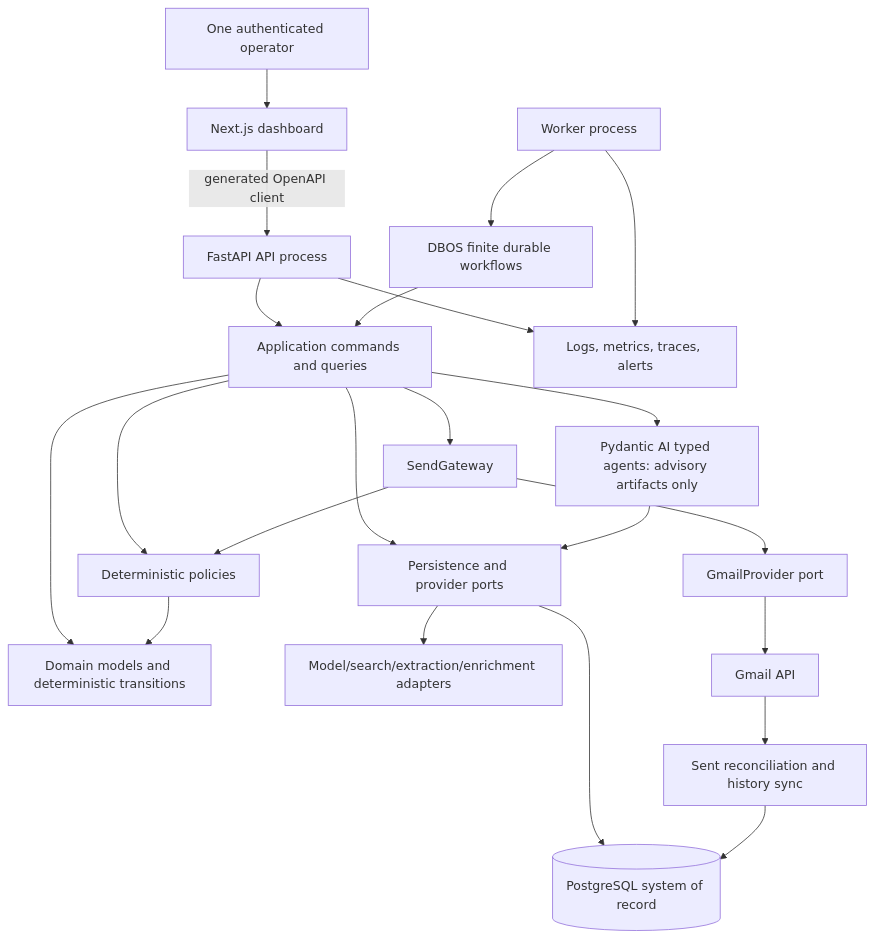
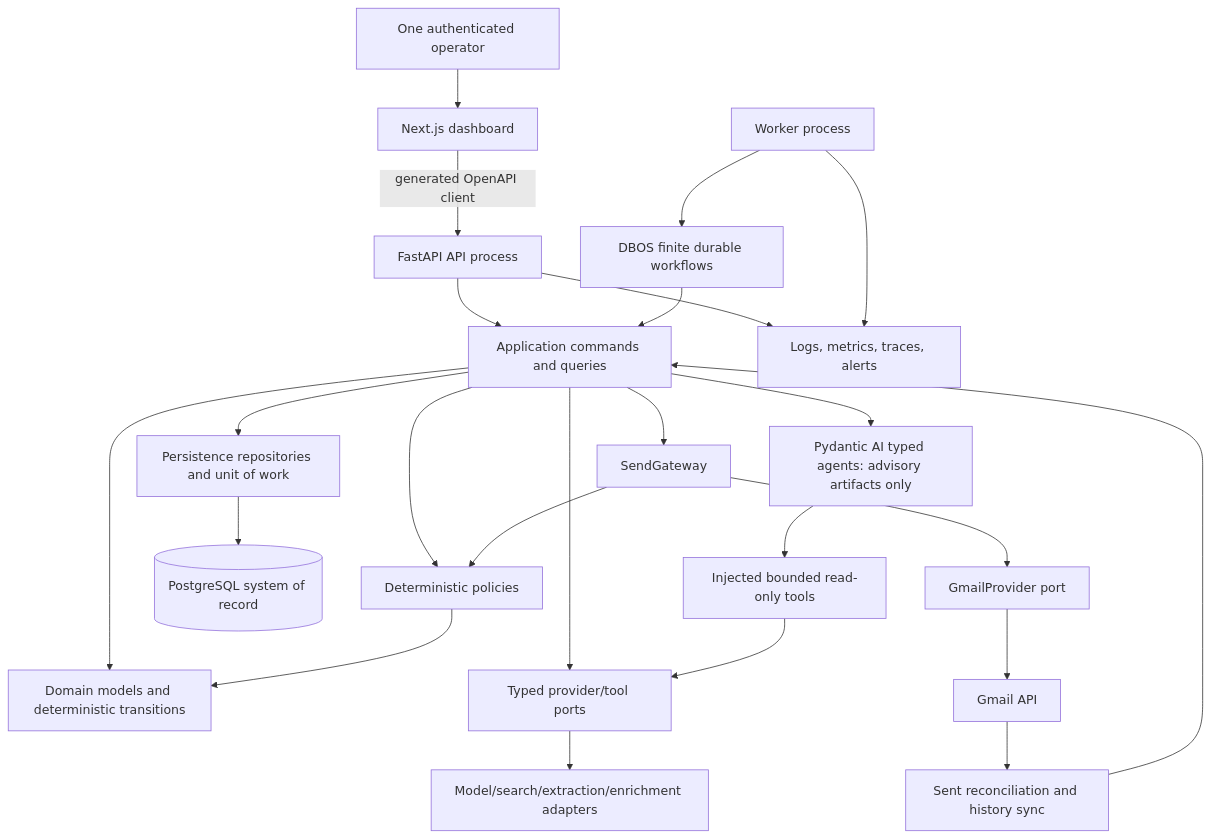
One commit to alonbenpro/alon-ai changed the diagram in docs/development-roadmap/01-architecture/01-target-system-architecture.md. Above: the diagram before and after it, drawn with Mermaid. The commit also changed other lines of this file and 52 other files, not shown here.

Commit message:
docs: close final roadmap review gaps

````diff
--- a/docs/development-roadmap/01-architecture/01-target-system-architecture.md
+++ b/docs/development-roadmap/01-architecture/01-target-system-architecture.md
@@ -27,24 +27,26 @@
 ```mermaid
 flowchart TB
     Operator["One authenticated operator"] --> UI["Next.js dashboard"]
     UI -->|"generated OpenAPI client"| API["FastAPI API process"]
     API --> APP["Application commands and queries"]
     WORKER["Worker process"] --> WF["DBOS finite durable workflows"]
     WF --> APP
     APP --> DOMAIN["Domain models and deterministic transitions"]
     APP --> POLICY["Deterministic policies"]
-    APP --> PORTS["Persistence and provider ports"]
+    APP --> PERSIST["Persistence repositories and unit of work"]
+    PERSIST --> PG[("PostgreSQL system of record")]
+    APP --> PROVIDERPORTS["Typed provider/tool ports"]
     POLICY --> DOMAIN
     APP --> AGENTS["Pydantic AI typed agents: advisory artifacts only"]
-    AGENTS --> PORTS
-    PORTS --> PG[("PostgreSQL system of record")]
-    PORTS --> MODEL["Model/search/extraction/enrichment adapters"]
+    AGENTS --> READTOOLS["Injected bounded read-only tools"]
+    READTOOLS --> PROVIDERPORTS
+    PROVIDERPORTS --> MODEL["Model/search/extraction/enrichment adapters"]
     APP --> SEND["SendGateway"]
     SEND --> POLICY
     SEND --> GMAILPORT["GmailProvider port"]
     GMAILPORT --> GMAIL["Gmail API"]
     GMAIL --> RECON["Sent reconciliation and history sync"]
-    RECON --> PG
+    RECON --> APP
     API --> OBS["Logs, metrics, traces, alerts"]
     WORKER --> OBS
 ```
````
